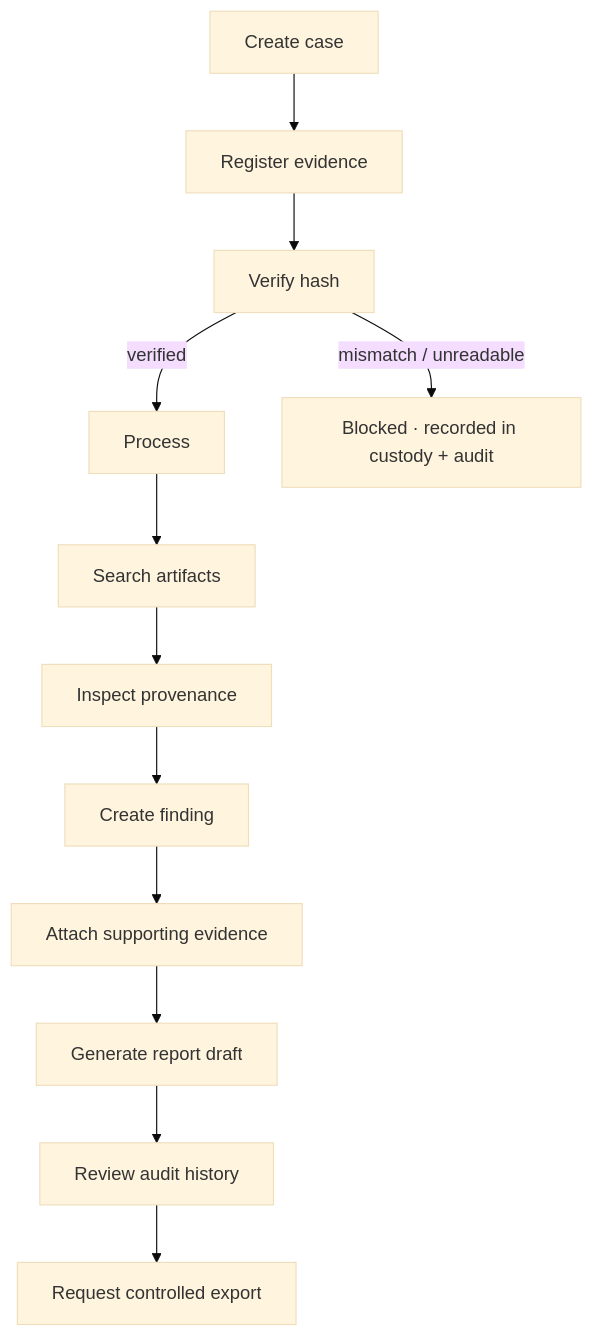
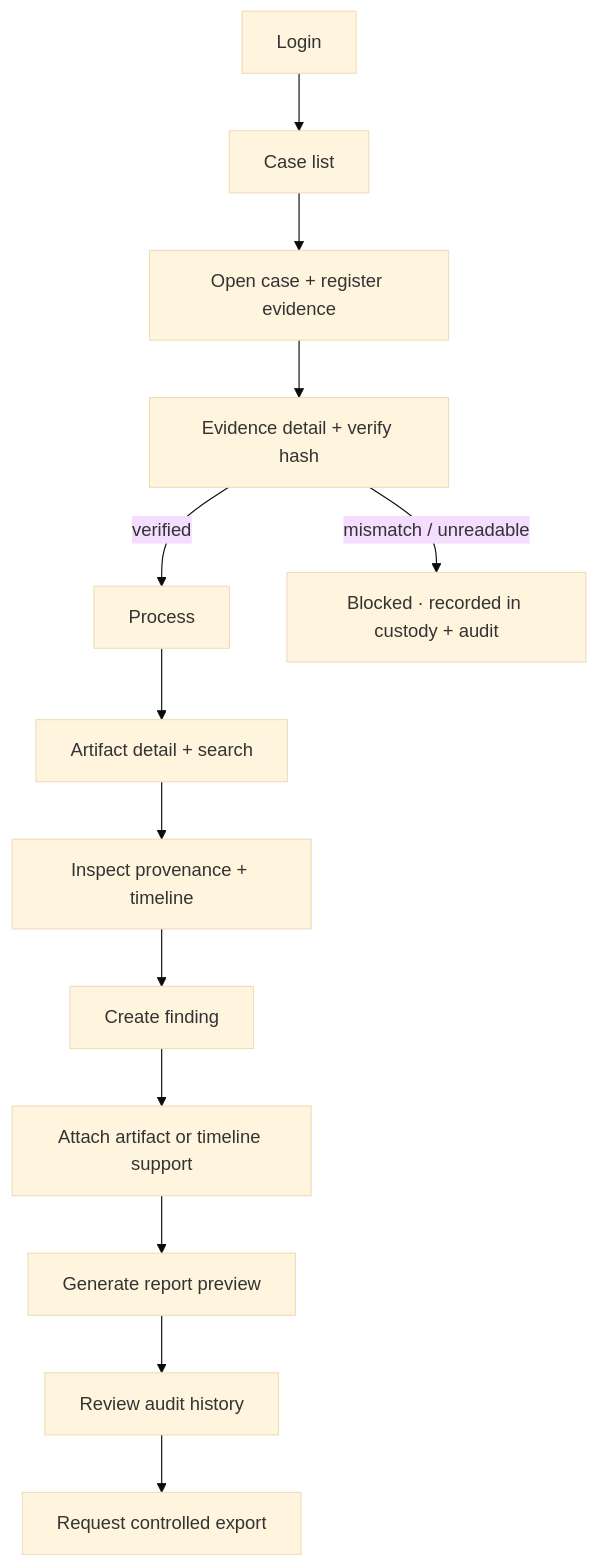
Before and after one commit to DimpleNemade/p.r.o.v.e: the diagram in docs/15-user-workflows.md, drawn with Mermaid (base theme). The commit also changed other lines of this file and 17 other files, not shown here.

First line of the commit message:
docs: Step 2 workflow notes, ADR-010, and diagrams 13-18

````diff
--- a/docs/15-user-workflows.md
+++ b/docs/15-user-workflows.md
@@ -5,14 +5,14 @@
 ```mermaid
 flowchart TD
-  A["Create case"] --> B["Register evidence"]
-  B --> C["Verify hash"]
+  A["Login"] --> A2["Case list"] --> B["Open case + register evidence"]
+  B --> C["Evidence detail + verify hash"]
   C -->|verified| D["Process"]
   C -->|mismatch / unreadable| C2["Blocked · recorded in custody + audit"]
-  D --> E["Search artifacts"]
-  E --> F["Inspect provenance"]
+  D --> E["Artifact detail + search"]
+  E --> F["Inspect provenance + timeline"]
   F --> G["Create finding"]
-  G --> H["Attach supporting evidence"]
-  H --> I["Generate report draft"]
+  G --> H["Attach artifact or timeline support"]
+  H --> I["Generate report preview"]
   I --> J["Review audit history"]
   J --> K["Request controlled export"]
 ```
````
